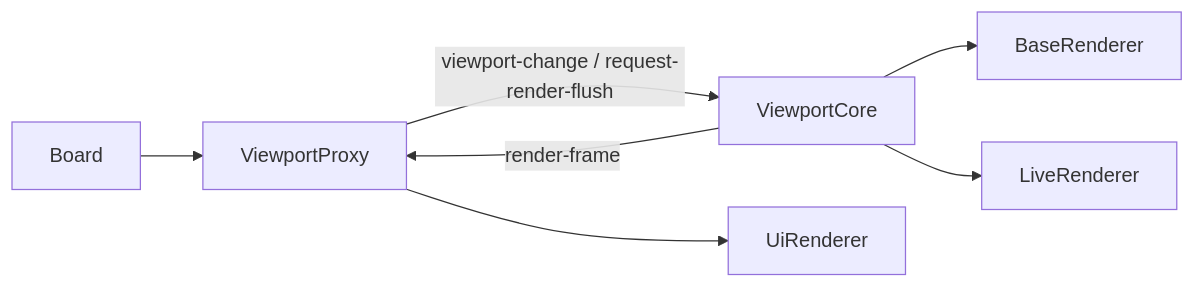
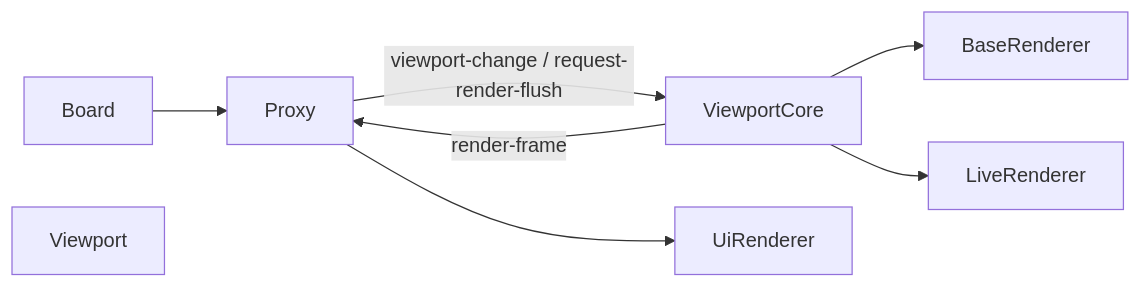
The diagram in src/core/components/orchestration/docs/viewport-document.md (Frank-Steven/HoundWhiteboard), drawn with Mermaid before and after one commit. The commit also changed other lines of this file and 23 other files, not shown here.

Commit message:
refactor(viewport): 将 ViewportProxy 全线重命名为 Viewport (UI facade)

````diff
--- a/src/core/components/orchestration/docs/viewport-document.md
+++ b/src/core/components/orchestration/docs/viewport-document.md
@@ -16,16 +16,16 @@
 ```mermaid
 flowchart LR
   UIBoard[Board]
-  Proxy[ViewportProxy]
+  UI[Viewport]
   WorkerCore[ViewportCore]
   BR[BaseRenderer]
   LR[LiveRenderer]
   UIR[UiRenderer]
 
   UIBoard --> Proxy
   Proxy -->|viewport-change / request-render-flush| WorkerCore
   WorkerCore --> BR
   WorkerCore --> LR
   WorkerCore -->|render-frame| Proxy
   Proxy --> UIR
 ```
````
